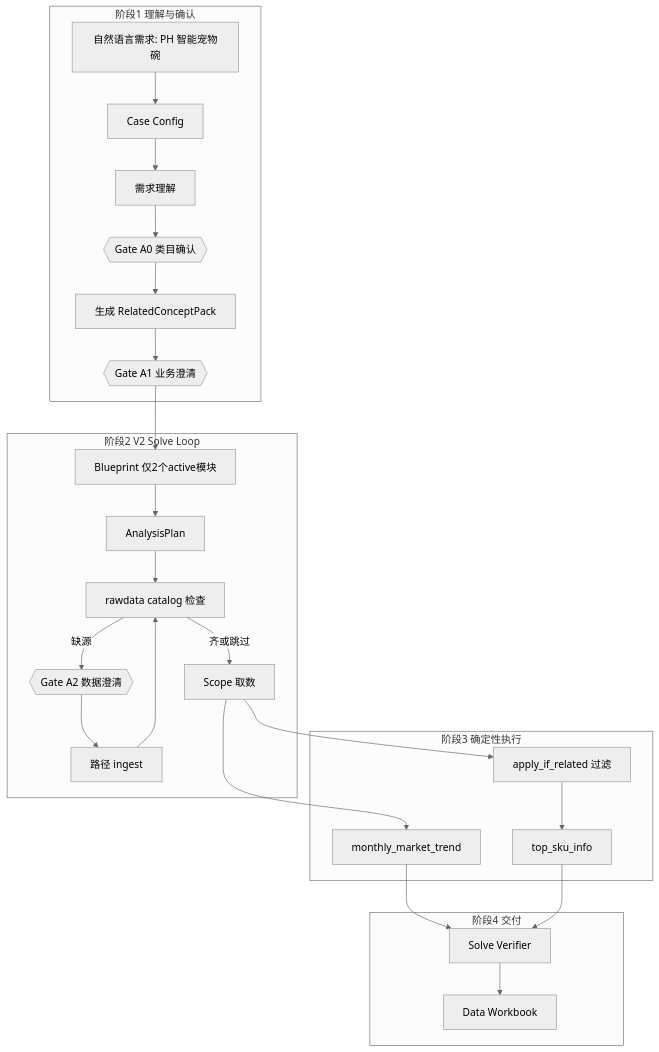
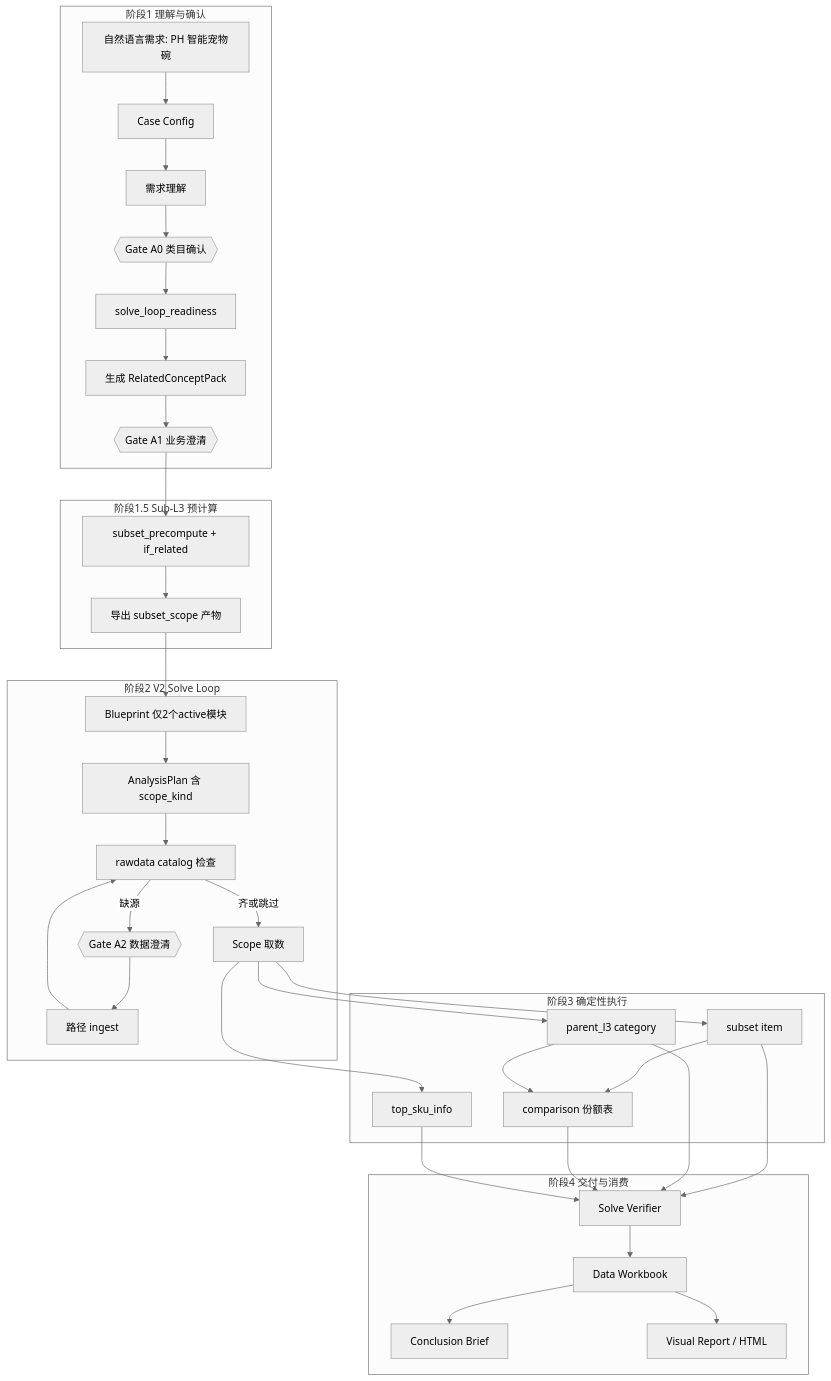
The second of 3 diagrams in README.md (coco20020806/CateMate-Version-1.0-), drawn with Mermaid (neutral theme) before and after one commit. The commit also changed other lines of this file and 88 other files, not shown here.

First line of the commit message:
release(v1.2.0): Sub-L3 precompute, comparison scopes, and workbook consumption layer.

````diff
--- a/README.md
+++ b/README.md
@@ -111,41 +166,58 @@
 ```mermaid
 flowchart TB
   IN["自然语言需求: PH 智能宠物碗"]
 
   subgraph phase1 [阶段1 理解与确认]
     CC[Case Config]
     UG[需求理解]
     G0{{Gate A0 类目确认}}
+    READY[solve_loop_readiness]
     CP[生成 RelatedConceptPack]
     G1{{Gate A1 业务澄清}}
-    IN --> CC --> UG --> G0 --> CP --> G1
+    IN --> CC --> UG --> G0 --> READY --> CP --> G1
+  end
+
+  subgraph phase15 [阶段1.5 Sub-L3 预计算]
+    PRE[subset_precompute + if_related]
+    ART[导出 subset_scope 产物]
+    PRE --> ART
   end
 
   subgraph phase2 [阶段2 V2 Solve Loop]
     BP["Blueprint 仅2个active模块"]
-    AP[AnalysisPlan]
+    AP["AnalysisPlan 含 scope_kind"]
     CK[rawdata catalog 检查]
     G2{{Gate A2 数据澄清}}
     BP --> AP --> CK
     CK -->|缺源| G2 --> INGEST[路径 ingest] --> CK
     CK -->|齐或跳过| EXEC
   end
 
   subgraph phase3 [阶段3 确定性执行]
     EXEC[Scope 取数]
-    IFR[apply_if_related 过滤]
-    M1[monthly_market_trend]
+    SUB[subset item]
+    PAR[parent_l3 category]
+    CMP[comparison 份额表]
     M2[top_sku_info]
-    EXEC --> IFR --> M2
-    EXEC --> M1
+    EXEC --> SUB
+    EXEC --> PAR
+    SUB --> CMP
+    PAR --> CMP
+    EXEC --> M2
   end
 
-  subgraph phase4 [阶段4 交付]
+  subgraph phase4 [阶段4 交付与消费]
     VF[Solve Verifier]
     DWB[Data Workbook]
-    G1 --> BP
-    M1 --> VF
+    BRIEF[Conclusion Brief]
+    VR[Visual Report / HTML]
+    G1 --> PRE
+    ART --> BP
+    SUB --> VF
+    PAR --> VF
+    CMP --> VF
     M2 --> VF
-    VF --> DWB
+    VF --> DWB --> BRIEF
+    DWB --> VR
   end
 ```
````
